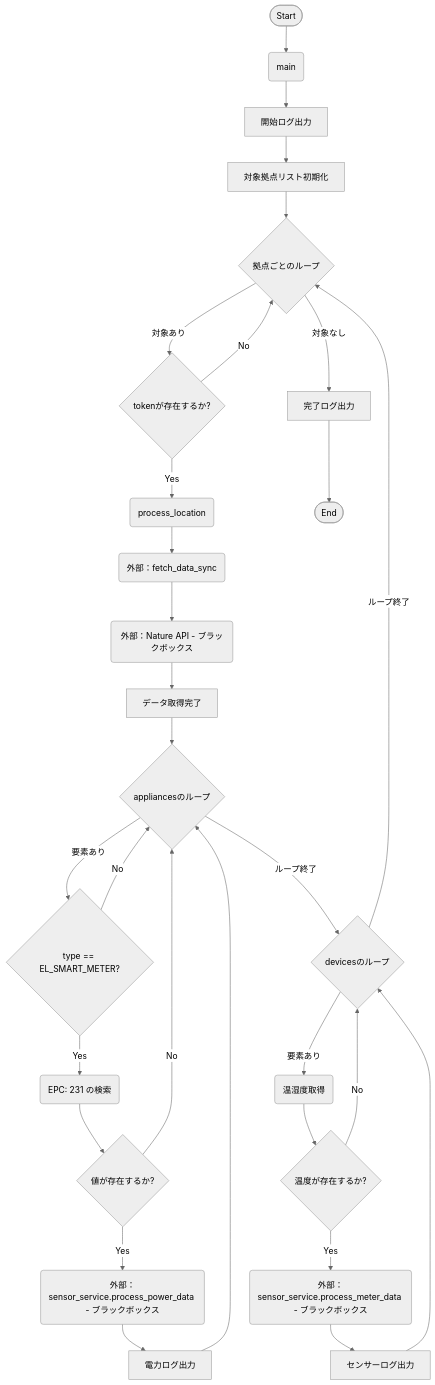
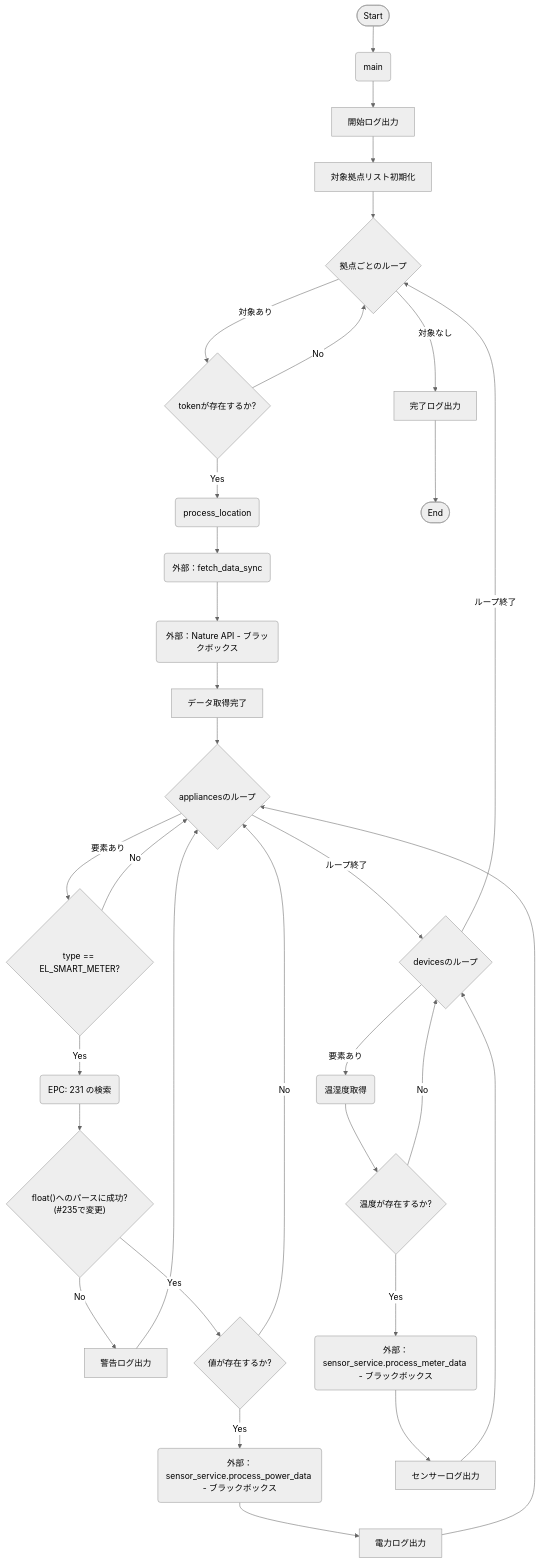
The first of 2 diagrams in docs/specifications/MY_HOME_SYSTEM/nature_remo_monitor.md (mmtigers/my_python_project), drawn with Mermaid (neutral theme) before and after one commit. The commit also changed other lines of this file and 2 other files, not shown here.

````diff
--- a/docs/specifications/MY_HOME_SYSTEM/nature_remo_monitor.md
+++ b/docs/specifications/MY_HOME_SYSTEM/nature_remo_monitor.md
@@ -167,33 +167,35 @@
 ```mermaid
 flowchart TD
     Start([Start]) --> Main(main)
     Main --> InitLog[開始ログ出力]
     InitLog --> InitList[対象拠点リスト初期化]
     InitList --> LoopStart{拠点ごとのループ}
     LoopStart -- 対象あり --> CheckToken{tokenが存在するか?}
     CheckToken -- Yes --> ProcessLoc(process_location)
     ProcessLoc --> Fetch(外部：fetch_data_sync)
     Fetch --> API(外部：Nature API - ブラックボックス)
     API --> FetchEnd[データ取得完了]
     FetchEnd --> ParseApp{appliancesのループ}
     ParseApp -- 要素あり --> CheckMeter{type == EL_SMART_METER?}
     CheckMeter -- Yes --> ParseEpc(EPC: 231 の検索)
-    ParseEpc --> CheckEpc{値が存在するか?}
+    ParseEpc --> TryParse{"float()へのパースに成功?(#235で変更)"}
+    TryParse -- No --> LogParseWarn[警告ログ出力] --> ParseApp
+    TryParse -- Yes --> CheckEpc{値が存在するか?}
     CheckEpc -- Yes --> SendPwr(外部：sensor_service.process_power_data - ブラックボックス)
     CheckEpc -- No --> ParseApp
     SendPwr --> LogPwr[電力ログ出力]
     LogPwr --> ParseApp
     CheckMeter -- No --> ParseApp
     ParseApp -- ループ終了 --> ParseDev{devicesのループ}
     ParseDev -- 要素あり --> ParseSens(温湿度取得)
     ParseSens --> CheckSens{温度が存在するか?}
     CheckSens -- Yes --> SendSens(外部：sensor_service.process_meter_data - ブラックボックス)
     CheckSens -- No --> ParseDev
     SendSens --> LogSens[センサーログ出力]
     LogSens --> ParseDev
     ParseDev -- ループ終了 --> LoopStart
     CheckToken -- No --> LoopStart
     LoopStart -- 対象なし --> EndLog[完了ログ出力]
     EndLog --> End([End])
 
 ```
````
